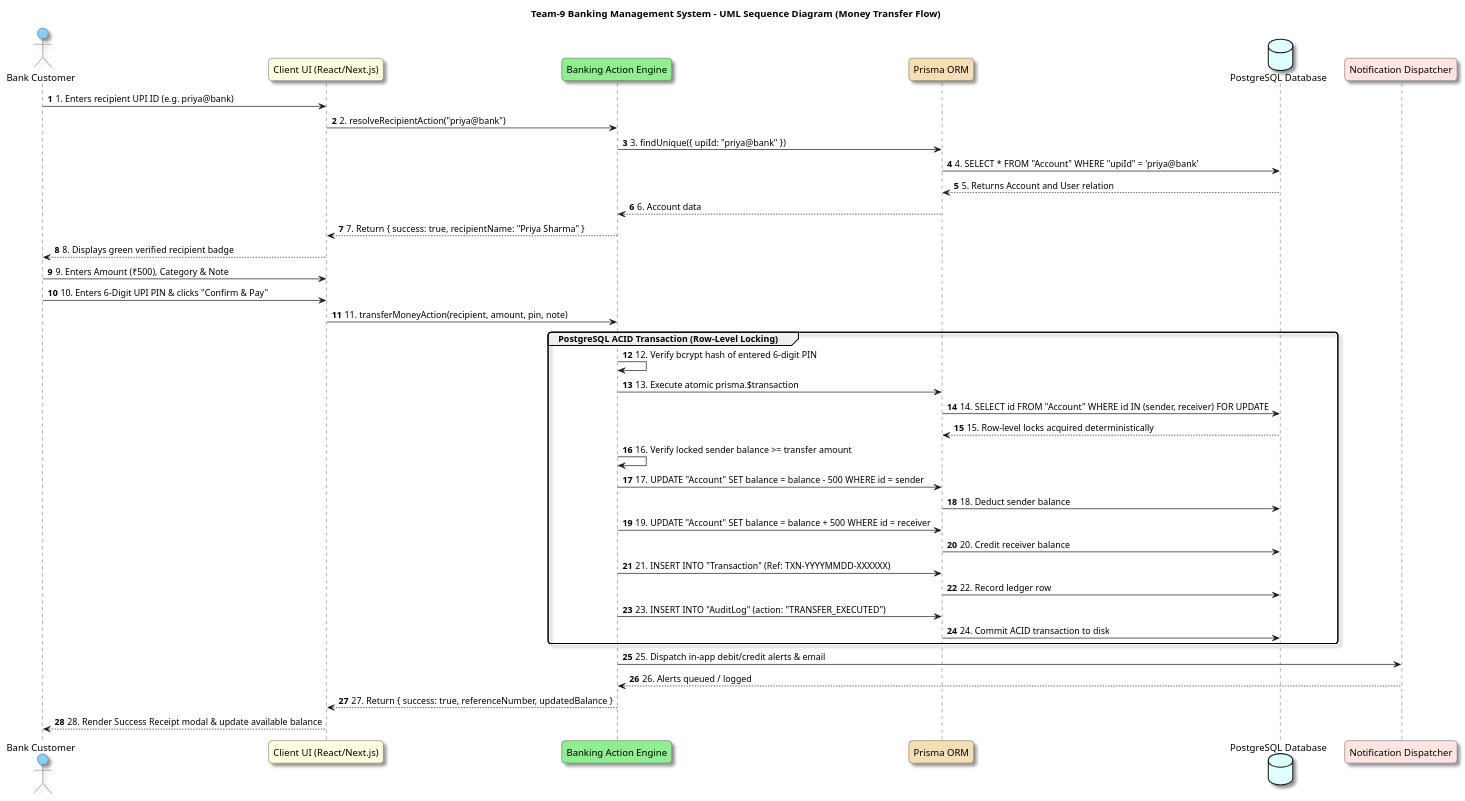
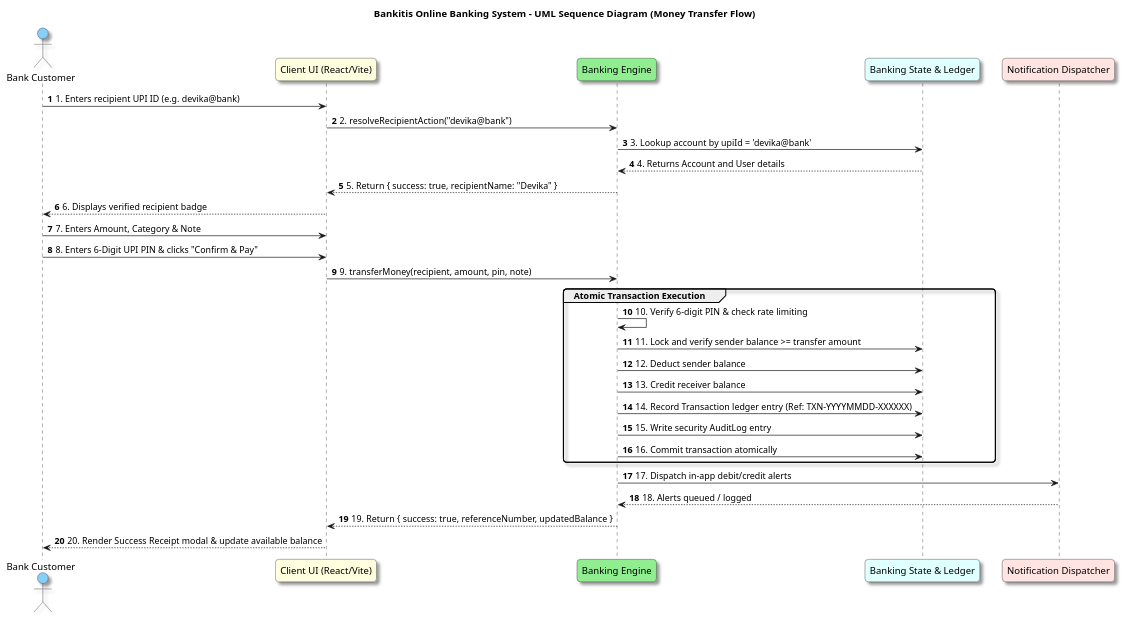
Before and after one commit to allanmaaz/bankitis: the diagram in diagrams/SequenceDiagram.puml, drawn with PlantUML. The commit also changed 15 other files, not shown here.

```diff
--- a/diagrams/SequenceDiagram.puml
+++ b/diagrams/SequenceDiagram.puml
@@ -1,51 +1,42 @@
 @startuml SequenceDiagram
-title Team-9 Banking Management System - UML Sequence Diagram (Money Transfer Flow)
+title Bankitis Online Banking System - UML Sequence Diagram (Money Transfer Flow)
 
 autonumber
 skinparam roundcorner 10
 skinparam shadowing true
 skinparam BoxPadding 10
 skinparam ParticipantPadding 10
 
 actor Customer as "Bank Customer" #LightSkyBlue
-participant Client as "Client UI (React/Next.js)" #LightYellow
-participant Action as "Banking Action Engine" #LightGreen
-participant Prisma as "Prisma ORM" #Wheat
-database DB as "PostgreSQL Database" #LightCyan
+participant Client as "Client UI (React/Vite)" #LightYellow
+participant Action as "Banking Engine" #LightGreen
+participant DB as "Banking State & Ledger" #LightCyan
 participant Notif as "Notification Dispatcher" #MistyRose
 
-Customer -> Client : 1. Enters recipient UPI ID (e.g. priya@bank)
-Client -> Action : 2. resolveRecipientAction("priya@bank")
-Action -> Prisma : 3. findUnique({ upiId: "priya@bank" })
-Prisma -> DB : 4. SELECT * FROM "Account" WHERE "upiId" = 'priya@bank'
-DB --> Prisma : 5. Returns Account and User relation
-Prisma --> Action : 6. Account data
-Action --> Client : 7. Return { success: true, recipientName: "Priya Sharma" }
-Client --> Customer : 8. Displays green verified recipient badge
+Customer -> Client : 1. Enters recipient UPI ID (e.g. devika@bank)
+Client -> Action : 2. resolveRecipientAction("devika@bank")
+Action -> DB : 3. Lookup account by upiId = 'devika@bank'
+DB --> Action : 4. Returns Account and User details
+Action --> Client : 5. Return { success: true, recipientName: "Devika" }
+Client --> Customer : 6. Displays verified recipient badge
 
-Customer -> Client : 9. Enters Amount (₹500), Category & Note
-Customer -> Client : 10. Enters 6-Digit UPI PIN & clicks "Confirm & Pay"
-Client -> Action : 11. transferMoneyAction(recipient, amount, pin, note)
+Customer -> Client : 7. Enters Amount, Category & Note
+Customer -> Client : 8. Enters 6-Digit UPI PIN & clicks "Confirm & Pay"
+Client -> Action : 9. transferMoney(recipient, amount, pin, note)
 
-group PostgreSQL ACID Transaction (Row-Level Locking)
-  Action -> Action : 12. Verify bcrypt hash of entered 6-digit PIN
-  Action -> Prisma : 13. Execute atomic prisma.$transaction
-  Prisma -> DB : 14. SELECT id FROM "Account" WHERE id IN (sender, receiver) FOR UPDATE
-  DB --> Prisma : 15. Row-level locks acquired deterministically
-  Action -> Action : 16. Verify locked sender balance >= transfer amount
-  Action -> Prisma : 17. UPDATE "Account" SET balance = balance - 500 WHERE id = sender
-  Prisma -> DB : 18. Deduct sender balance
-  Action -> Prisma : 19. UPDATE "Account" SET balance = balance + 500 WHERE id = receiver
-  Prisma -> DB : 20. Credit receiver balance
-  Action -> Prisma : 21. INSERT INTO "Transaction" (Ref: TXN-YYYYMMDD-XXXXXX)
-  Prisma -> DB : 22. Record ledger row
-  Action -> Prisma : 23. INSERT INTO "AuditLog" (action: "TRANSFER_EXECUTED")
-  Prisma -> DB : 24. Commit ACID transaction to disk
+group Atomic Transaction Execution
+  Action -> Action : 10. Verify 6-digit PIN & check rate limiting
+  Action -> DB : 11. Lock and verify sender balance >= transfer amount
+  Action -> DB : 12. Deduct sender balance
+  Action -> DB : 13. Credit receiver balance
+  Action -> DB : 14. Record Transaction ledger entry (Ref: TXN-YYYYMMDD-XXXXXX)
+  Action -> DB : 15. Write security AuditLog entry
+  Action -> DB : 16. Commit transaction atomically
 end
 
-Action -> Notif : 25. Dispatch in-app debit/credit alerts & email
-Notif --> Action : 26. Alerts queued / logged
-Action --> Client : 27. Return { success: true, referenceNumber, updatedBalance }
-Client --> Customer : 28. Render Success Receipt modal & update available balance
+Action -> Notif : 17. Dispatch in-app debit/credit alerts
+Notif --> Action : 18. Alerts queued / logged
+Action --> Client : 19. Return { success: true, referenceNumber, updatedBalance }
+Client --> Customer : 20. Render Success Receipt modal & update available balance
 
 @enduml
```
